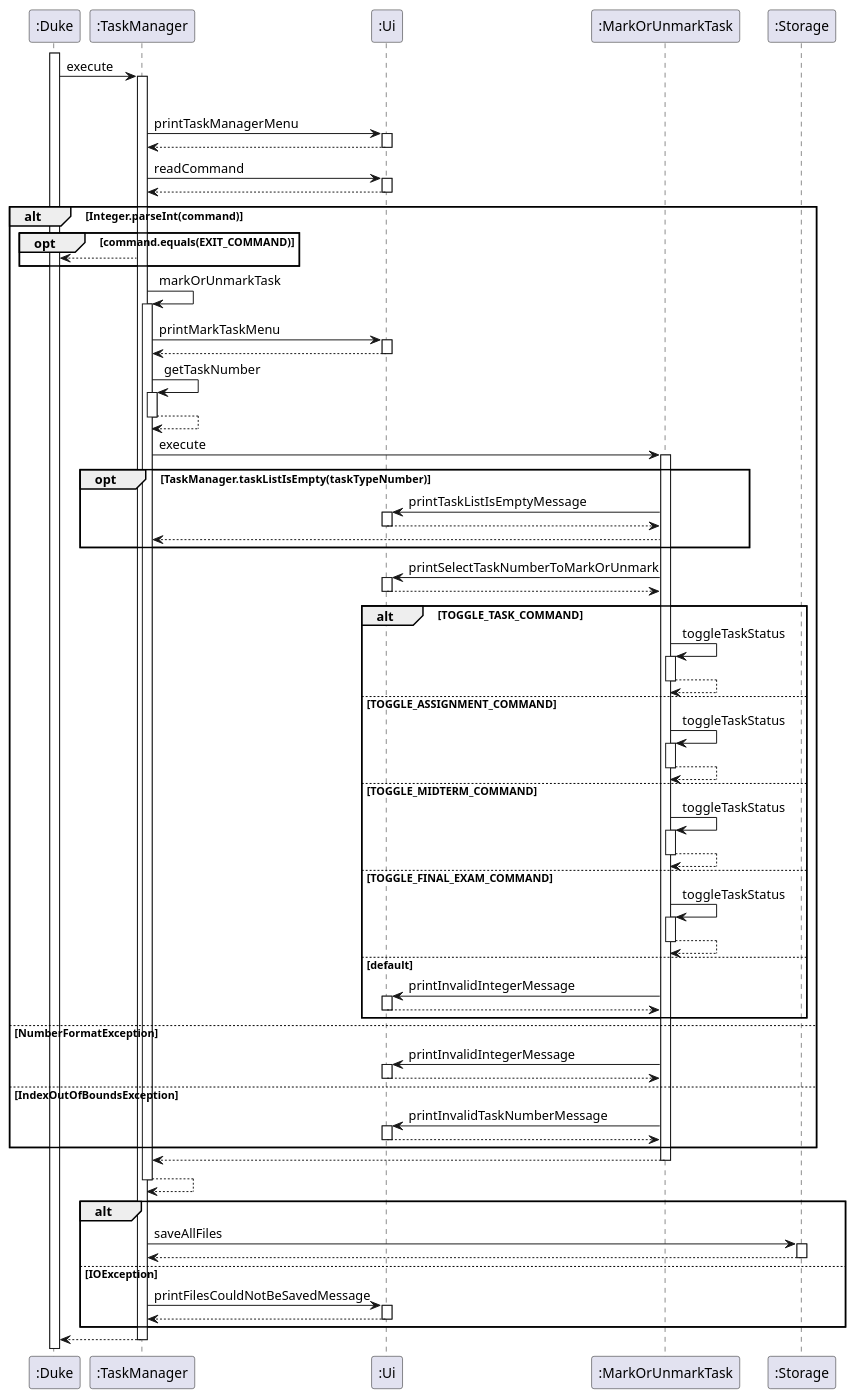
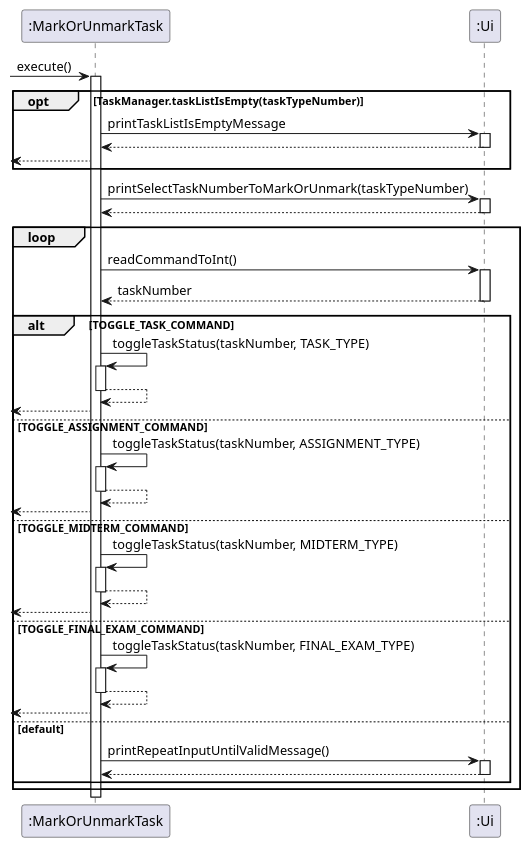
Before and after one commit to nus-cs2113-AY2021S2/tp: the diagram in docs/diagrams/tasks/markUnmarkTask.puml, drawn with PlantUML. The commit also changed 37 other files, not shown here.

```diff
--- a/docs/diagrams/tasks/markUnmarkTask.puml
+++ b/docs/diagrams/tasks/markUnmarkTask.puml
@@ -1,71 +1,42 @@
 @startuml
 
-activate ":Duke"
-":Duke" -> ":TaskManager"++ : execute
+-> ":MarkOrUnmarkTask" : execute()
+activate ":MarkOrUnmarkTask"
 
-loop true
+opt TaskManager.taskListIsEmpty(taskTypeNumber)
+":MarkOrUnmarkTask" -> ":Ui"++ : printTaskListIsEmptyMessage
+return
+<---- ":MarkOrUnmarkTask"
+end
 
-":TaskManager" -> ":Ui"++ : printTaskManagerMenu
-return
-":TaskManager" -> ":Ui"++ : readCommand
+":MarkOrUnmarkTask" -> ":Ui"++ : printSelectTaskNumberToMarkOrUnmark(taskTypeNumber)
 return
 
-alt Integer.parseInt(command)
-    opt command.equals(EXIT_COMMAND)
-    ":TaskManager" --> ":Duke"
-    end
+loop
+":MarkOrUnmarkTask" -> ":Ui"++ : readCommandToInt()
+return taskNumber
 
-":TaskManager" -> ":TaskManager"++ : markOrUnmarkTask
-":TaskManager" -> ":Ui"++ : printMarkTaskMenu
+alt TOGGLE_TASK_COMMAND
+":MarkOrUnmarkTask" -> ":MarkOrUnmarkTask"++ : toggleTaskStatus(taskNumber, TASK_TYPE)
 return
-":TaskManager" -> ":TaskManager"++ : getTaskNumber
+<---- ":MarkOrUnmarkTask"
+else TOGGLE_ASSIGNMENT_COMMAND
+":MarkOrUnmarkTask" -> ":MarkOrUnmarkTask"++ : toggleTaskStatus(taskNumber, ASSIGNMENT_TYPE)
 return
-":TaskManager" -> ":MarkOrUnmarkTask"++ : execute
-
-opt TaskManager.taskListIsEmpty(taskTypeNumber)
-    ":MarkOrUnmarkTask" -> ":Ui"++ : printTaskListIsEmptyMessage
-    return
-    ":MarkOrUnmarkTask" --> ":TaskManager"
-    end
-    ":MarkOrUnmarkTask" -> ":Ui"++ : printSelectTaskNumberToMarkOrUnmark
-    return
-    alt TOGGLE_TASK_COMMAND
-    ":MarkOrUnmarkTask" -> ":MarkOrUnmarkTask"++ : toggleTaskStatus
-    return
-    else TOGGLE_ASSIGNMENT_COMMAND
-    ":MarkOrUnmarkTask" -> ":MarkOrUnmarkTask"++ : toggleTaskStatus
-    return
-    else TOGGLE_MIDTERM_COMMAND
-    ":MarkOrUnmarkTask" -> ":MarkOrUnmarkTask"++ : toggleTaskStatus
-    return
-    else TOGGLE_FINAL_EXAM_COMMAND
-    ":MarkOrUnmarkTask" -> ":MarkOrUnmarkTask"++ : toggleTaskStatus
-    return
-    else default
-    ":MarkOrUnmarkTask" -> ":Ui"++ : printInvalidIntegerMessage
-    return
-    end
-
-else NumberFormatException
-":MarkOrUnmarkTask" -> ":Ui"++ : printInvalidIntegerMessage
+<--- ":MarkOrUnmarkTask"
+else TOGGLE_MIDTERM_COMMAND
+":MarkOrUnmarkTask" -> ":MarkOrUnmarkTask"++ : toggleTaskStatus(taskNumber, MIDTERM_TYPE)
 return
-
-else IndexOutOfBoundsException
-":MarkOrUnmarkTask" -> ":Ui"++ : printInvalidTaskNumberMessage
+<--- ":MarkOrUnmarkTask"
+else TOGGLE_FINAL_EXAM_COMMAND
+":MarkOrUnmarkTask" -> ":MarkOrUnmarkTask"++ : toggleTaskStatus(taskNumber, FINAL_EXAM_TYPE)
+return
+<--- ":MarkOrUnmarkTask"
+else default
+":MarkOrUnmarkTask" -> ":Ui"++ : printRepeatInputUntilValidMessage()
 return
 end
 
-return
-return
-
-alt
-":TaskManager" -> ":Storage"++ : saveAllFiles
-return
-else IOException
-":TaskManager" -> ":Ui"++ : printFilesCouldNotBeSavedMessage
-return
 end
 
-return
-
 @enduml
```
